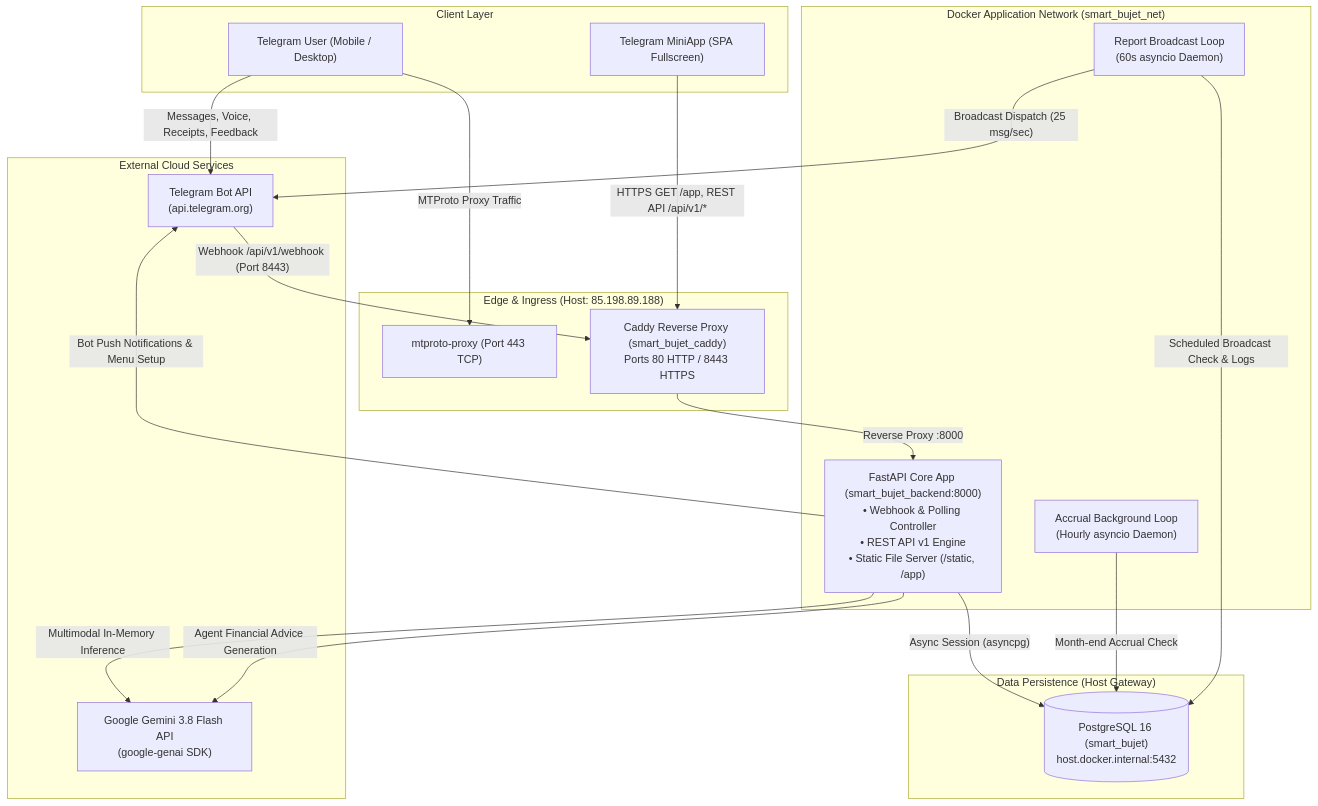
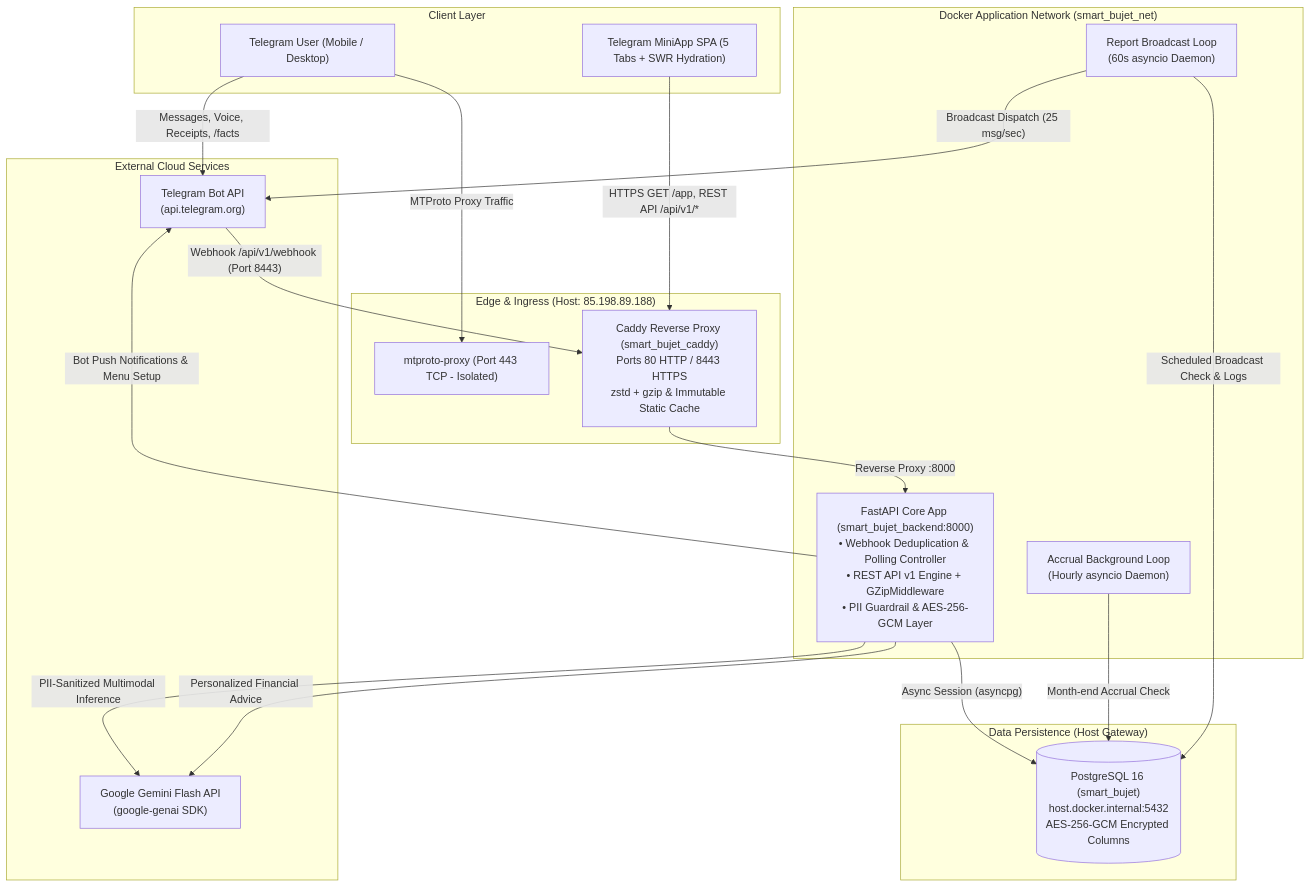
The first of 8 diagrams in ARCHITECTURE.md (AntonioKolosov/smart-bujet), drawn with Mermaid before and after one commit. The commit also changed other lines of this file and 24 other files, not shown here.

Commit message:
feat(release): deploy personalization, Argon security & performance optimizations, enforce /start user agreement, and bump ARCHITECTURE.md to v2.7.0

````diff
--- a/ARCHITECTURE.md
+++ b/ARCHITECTURE.md
@@ -19,42 +22,42 @@
 ```mermaid
 flowchart TD
     subgraph ClientLayer ["Client Layer"]
         TG_USER["Telegram User (Mobile / Desktop)"]
-        TG_MINIAPP["Telegram MiniApp (SPA Fullscreen)"]
+        TG_MINIAPP["Telegram MiniApp SPA (5 Tabs + SWR Hydration)"]
     end
 
     subgraph EdgeLayer ["Edge & Ingress (Host: 85.198.89.188)"]
-        MTPROTO["mtproto-proxy (Port 443 TCP)"]
-        CADDY["Caddy Reverse Proxy (smart_bujet_caddy)<br/>Ports 80 HTTP / 8443 HTTPS"]
+        MTPROTO["mtproto-proxy (Port 443 TCP - Isolated)"]
+        CADDY["Caddy Reverse Proxy (smart_bujet_caddy)<br/>Ports 80 HTTP / 8443 HTTPS<br/>zstd + gzip & Immutable Static Cache"]
     end
 
     subgraph ContainerLayer ["Docker Application Network (smart_bujet_net)"]
-        FASTAPI["FastAPI Core App (smart_bujet_backend:8000)<br/>• Webhook & Polling Controller<br/>• REST API v1 Engine<br/>• Static File Server (/static, /app)"]
+        FASTAPI["FastAPI Core App (smart_bujet_backend:8000)<br/>• Webhook Deduplication & Polling Controller<br/>• REST API v1 Engine + GZipMiddleware<br/>• PII Guardrail & AES-256-GCM Layer"]
         SCHED_ACCRUAL["Accrual Background Loop<br/>(Hourly asyncio Daemon)"]
         SCHED_REPORT["Report Broadcast Loop<br/>(60s asyncio Daemon)"]
     end
 
     subgraph DatabaseLayer ["Data Persistence (Host Gateway)"]
-        POSTGRES[("PostgreSQL 16 (smart_bujet)<br/>host.docker.internal:5432")]
+        POSTGRES[("PostgreSQL 16 (smart_bujet)<br/>host.docker.internal:5432<br/>AES-256-GCM Encrypted Columns")]
     end
 
     subgraph ExternalServices ["External Cloud Services"]
-        GEMINI["Google Gemini 3.8 Flash API<br/>(google-genai SDK)"]
+        GEMINI["Google Gemini Flash API<br/>(google-genai SDK)"]
         TELEGRAM_API["Telegram Bot API<br/>(api.telegram.org)"]
     end
 
-    TG_USER -->|"Messages, Voice, Receipts, Feedback"| TELEGRAM_API
+    TG_USER -->|"Messages, Voice, Receipts, /facts"| TELEGRAM_API
     TG_USER -->|"MTProto Proxy Traffic"| MTPROTO
     TG_MINIAPP -->|"HTTPS GET /app, REST API /api/v1/*"| CADDY
 
     TELEGRAM_API -->|"Webhook /api/v1/webhook (Port 8443)"| CADDY
     CADDY -->|"Reverse Proxy :8000"| FASTAPI
 
-    FASTAPI -->|"Multimodal In-Memory Inference"| GEMINI
-    FASTAPI -->|"Agent Financial Advice Generation"| GEMINI
+    FASTAPI -->|"PII-Sanitized Multimodal Inference"| GEMINI
+    FASTAPI -->|"Personalized Financial Advice"| GEMINI
     FASTAPI -->|"Async Session (asyncpg)"| POSTGRES
     SCHED_ACCRUAL -->|"Month-end Accrual Check"| POSTGRES
     SCHED_REPORT -->|"Scheduled Broadcast Check & Logs"| POSTGRES
     SCHED_REPORT -->|"Broadcast Dispatch (25 msg/sec)"| TELEGRAM_API
     FASTAPI -->|"Bot Push Notifications & Menu Setup"| TELEGRAM_API
 ```
````
